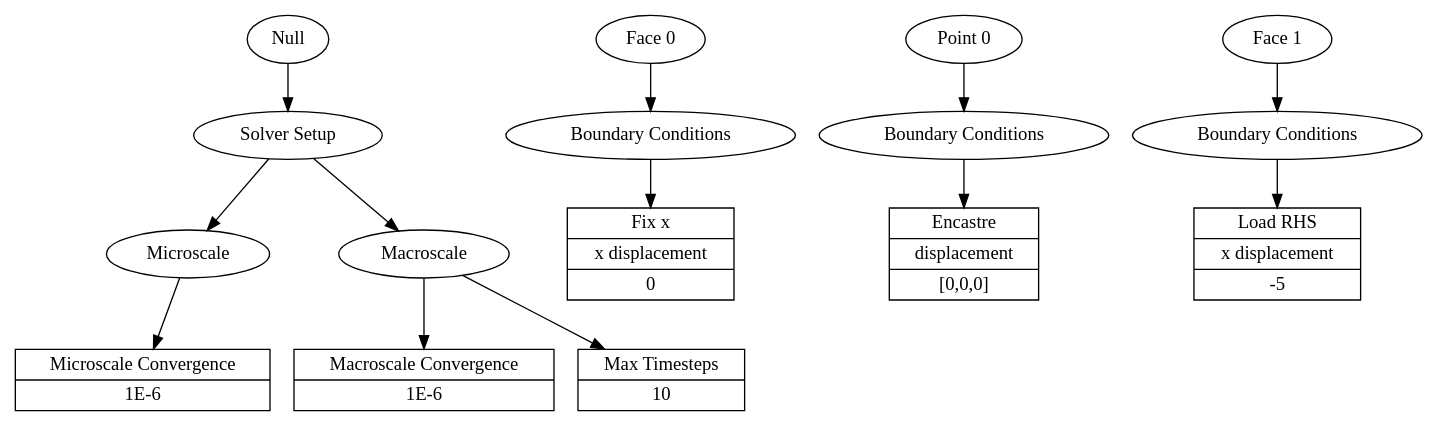
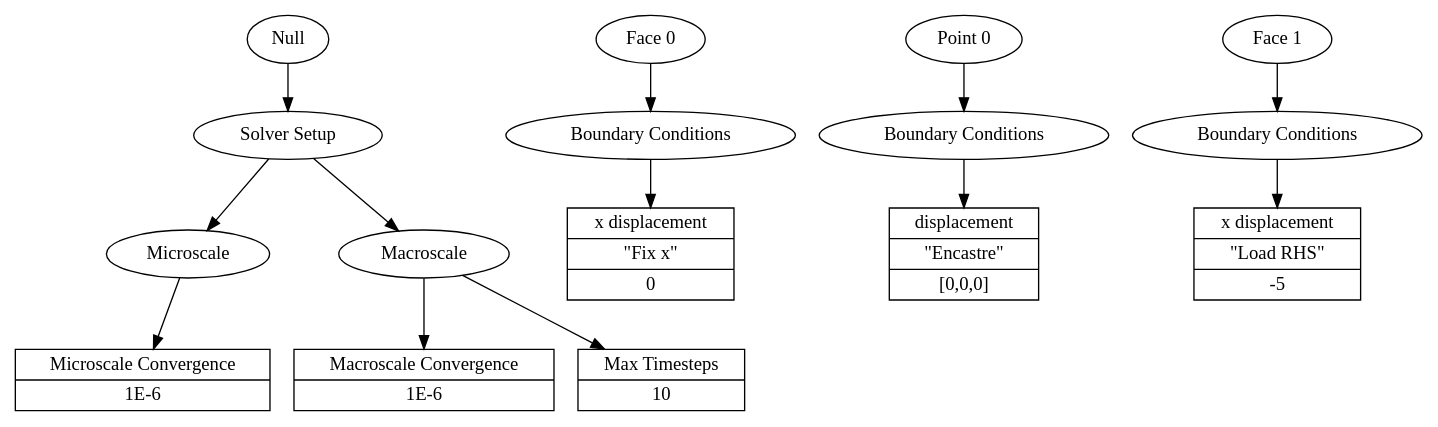
One commit to jacobmerson/model-traits changed the diagram in associated_graph.dot. Above: the diagram before and after it, drawn with Graphviz. The commit also changed 4 other files, not shown here.

```diff
--- a/associated_graph.dot
+++ b/associated_graph.dot
@@ -1,27 +1,27 @@
 strict digraph {
   micro_cnvg_tol [shape=record,label="{Microscale Convergence | 1E-6}"];
   macro_cnvg_tol [shape=record,label="{Macroscale Convergence | 1E-6}"];
   max_tsteps [shape=record,label="{Max Timesteps | 10}"];
-  case2_fix_x [shape=record,label="{Fix x| x displacement | 0}"];
-  case2_encastre [shape=record,label="{Encastre | displacement | [0,0,0]}"];
-  case2_displacement [shape=record,label="{Load RHS | x displacement | -5}"];
+  case2_fix_x [shape=record,label="{x displacement | \"Fix x\"| 0}"];
+  case2_encastre [shape=record,label="{displacement | \"Encastre\" | [0,0,0]}"];
+  case2_displacement [shape=record,label="{x displacement | \"Load RHS\" | -5}"];
   solver_setup [label="Solver Setup"];
   face0 [label="Face 0"];
   point0 [label="Point 0"];
   face1 [label="Face 1"];
   null_geom [label="Null"];
   face0_bc [label="Boundary Conditions"];
   point0_bc [label="Boundary Conditions"];
   face1_bc [label="Boundary Conditions"];
   microscale [label="Microscale"];
   macroscale [label="Macroscale"];
 
   null_geom -> solver_setup;
   solver_setup -> {microscale, macroscale};
   microscale -> micro_cnvg_tol;
   macroscale-> macro_cnvg_tol;
   macroscale->max_tsteps;
   face0->face0_bc->case2_fix_x;
   point0->point0_bc->case2_encastre;
   face1->face1_bc->case2_displacement;
 }
```
